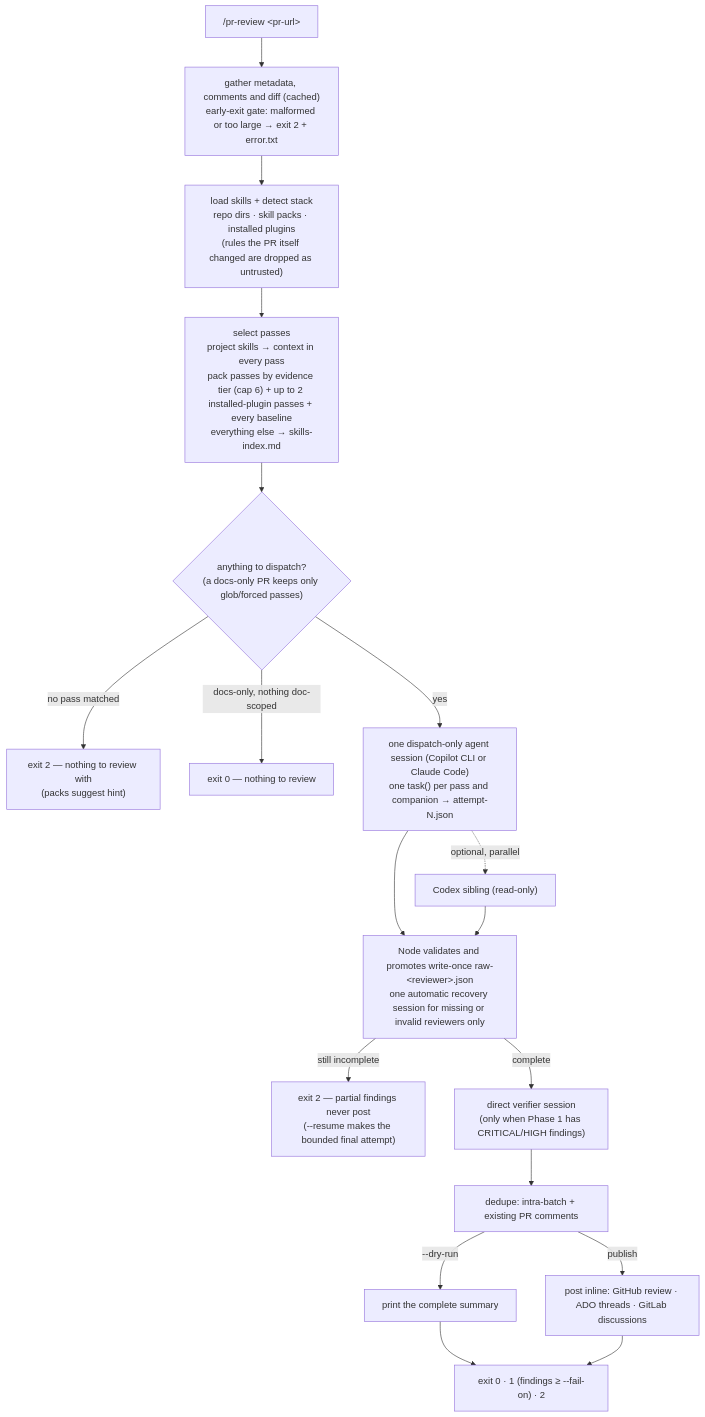
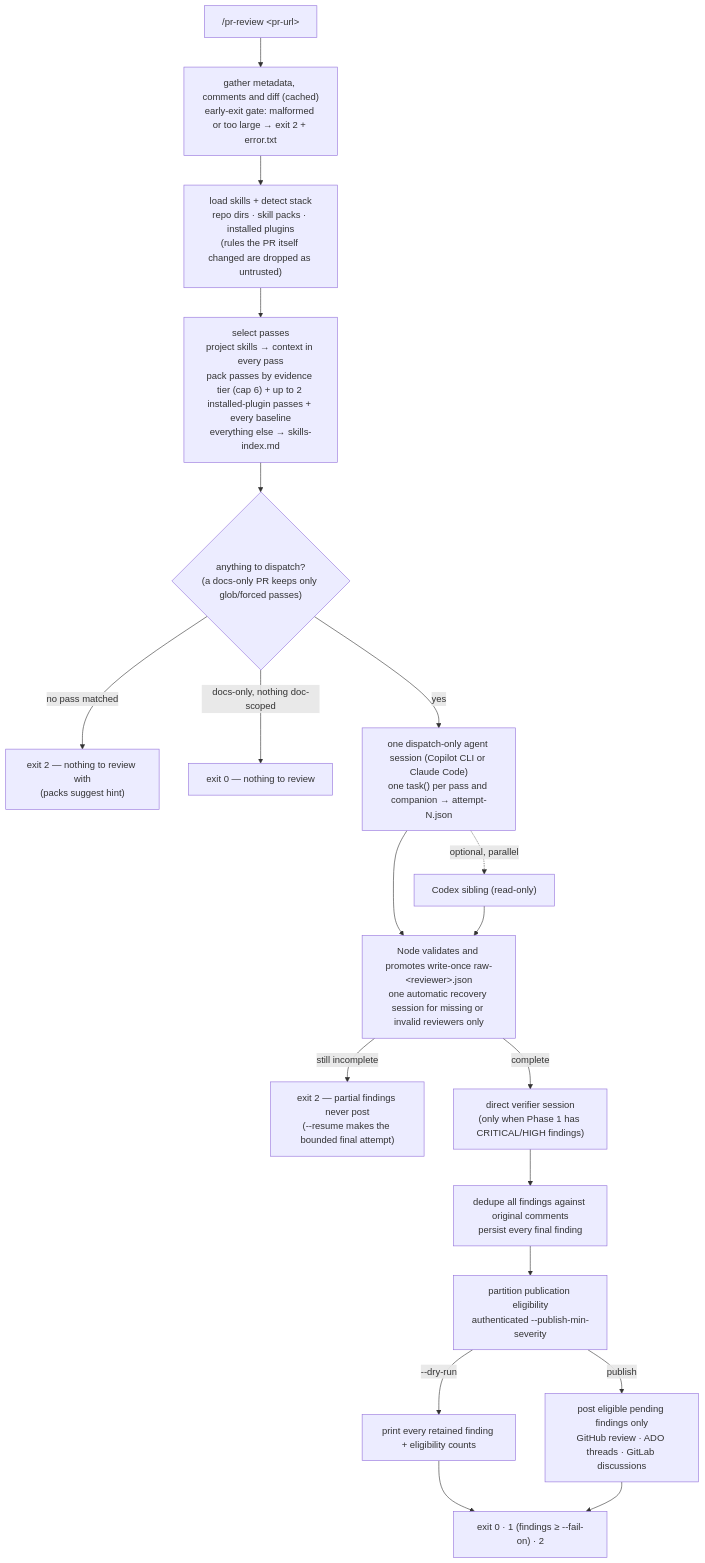
Before and after one commit to guimatheus92/pr-review: the diagram in README.md, drawn with Mermaid. The commit also changed other lines of this file and 43 other files, not shown here.

First line of the commit message:
feat: publication-only severity thresholds (#42)

````diff
--- a/README.md
+++ b/README.md
@@ -41,20 +41,21 @@
 ```mermaid
 flowchart TD
     U["/pr-review #lt;pr-url#gt;"] --> G["gather metadata, comments and diff (cached)<br/>early-exit gate: malformed or too large → exit 2 + error.txt"]
     G --> L["load skills + detect stack<br/>repo dirs · skill packs · installed plugins<br/>(rules the PR itself changed are dropped as untrusted)"]
     L --> P["select passes<br/>project skills → context in every pass<br/>pack passes by evidence tier (cap 6) + up to 2 installed-plugin passes + every baseline<br/>everything else → skills-index.md"]
     P --> T{"anything to dispatch?<br/>(a docs-only PR keeps only glob/forced passes)"}
     T -- "no pass matched" --> E0["exit 2 — nothing to review with<br/>(packs suggest hint)"]
     T -- "docs-only, nothing doc-scoped" --> E0b["exit 0 — nothing to review"]
     T -- yes --> D["one dispatch-only agent session (Copilot CLI or Claude Code)<br/>one task() per pass and companion → attempt-N.json"]
     D -. optional, parallel .-> C["Codex sibling (read-only)"]
     D --> N["Node validates and promotes write-once raw-#lt;reviewer#gt;.json<br/>one automatic recovery session for missing or invalid reviewers only"]
     C --> N
     N -- still incomplete --> E2["exit 2 — partial findings never post<br/>(--resume makes the bounded final attempt)"]
     N -- complete --> V["direct verifier session<br/>(only when Phase 1 has CRITICAL/HIGH findings)"]
-    V --> DD["dedupe: intra-batch + existing PR comments"]
-    DD -- "--dry-run" --> SUM["print the complete summary"]
-    DD -- publish --> POST["post inline: GitHub review · ADO threads · GitLab discussions"]
+    V --> DD["dedupe all findings against original comments<br/>persist every final finding"]
+    DD --> EL["partition publication eligibility<br/>authenticated --publish-min-severity"]
+    EL -- "--dry-run" --> SUM["print every retained finding + eligibility counts"]
+    EL -- publish --> POST["post eligible pending findings only<br/>GitHub review · ADO threads · GitLab discussions"]
     SUM --> EX["exit 0 · 1 (findings ≥ --fail-on) · 2"]
     POST --> EX
 ```
````
